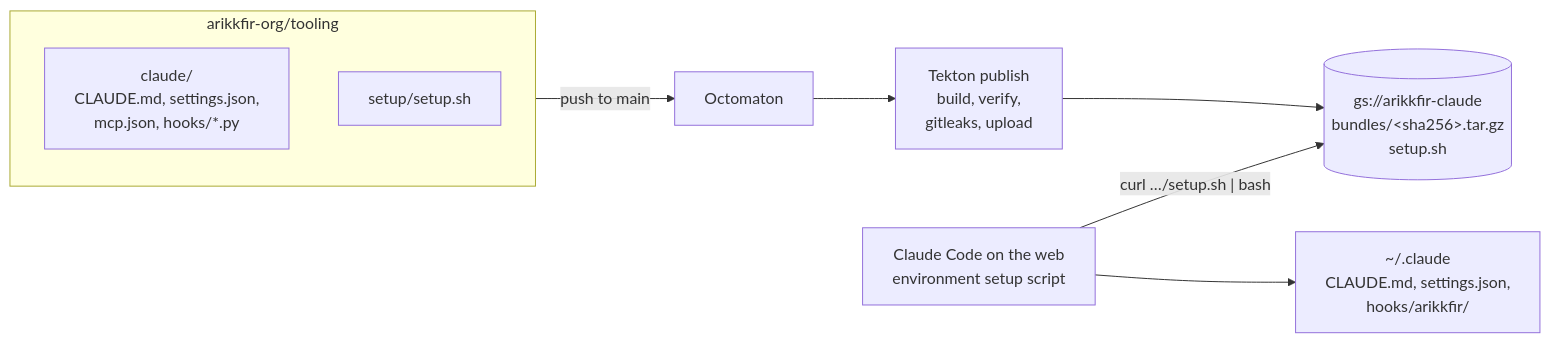
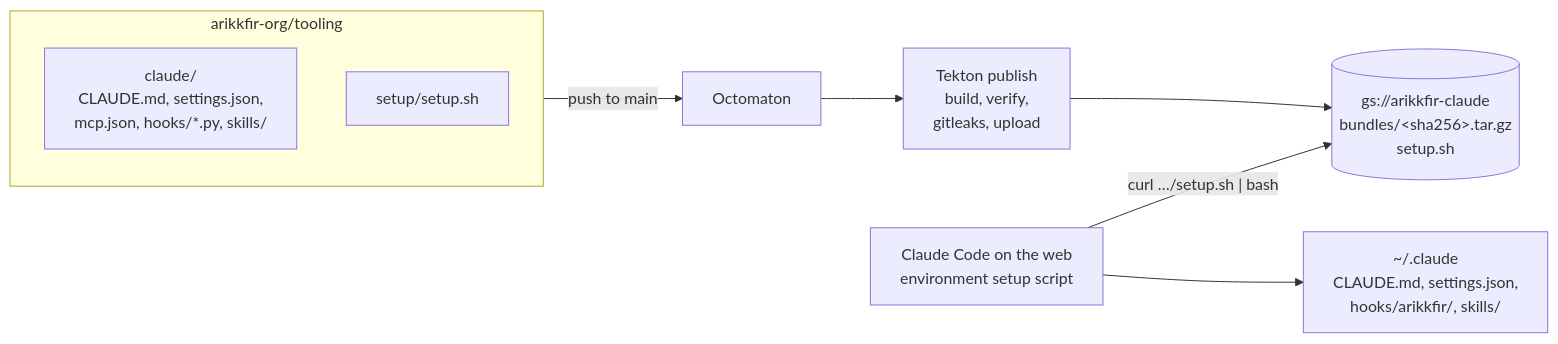
One commit to arikkfir-org/tooling changed the diagram in docs/tooling/designs/phase-5-tooling.md. Above: the diagram before and after it, drawn with Mermaid. The commit also changed other lines of this file and 4 other files, not shown here.

First line of the commit message:
fix(skills): link public pages, keep JSON stdout clean, document the skill

````diff
--- a/docs/tooling/designs/phase-5-tooling.md
+++ b/docs/tooling/designs/phase-5-tooling.md
@@ -9,11 +9,11 @@
 ```mermaid
 flowchart LR
   subgraph repo[arikkfir-org/tooling]
-    C[claude/<br/>CLAUDE.md, settings.json,<br/>mcp.json, hooks/*.py]
+    C[claude/<br/>CLAUDE.md, settings.json,<br/>mcp.json, hooks/*.py, skills/]
     S[setup/setup.sh]
   end
   repo -- push to main --> SB[Octomaton] --> TK[Tekton publish<br/>build, verify,<br/>gitleaks, upload]
   TK --> B[(gs://arikkfir-claude<br/>bundles/&lt;sha256&gt;.tar.gz<br/>setup.sh)]
   E[Claude Code on the web<br/>environment setup script] -- "curl …/setup.sh | bash" --> B
-  E --> H["~/.claude<br/>CLAUDE.md, settings.json,<br/>hooks/arikkfir/"]
+  E --> H["~/.claude<br/>CLAUDE.md, settings.json,<br/>hooks/arikkfir/, skills/"]
 ```
````
